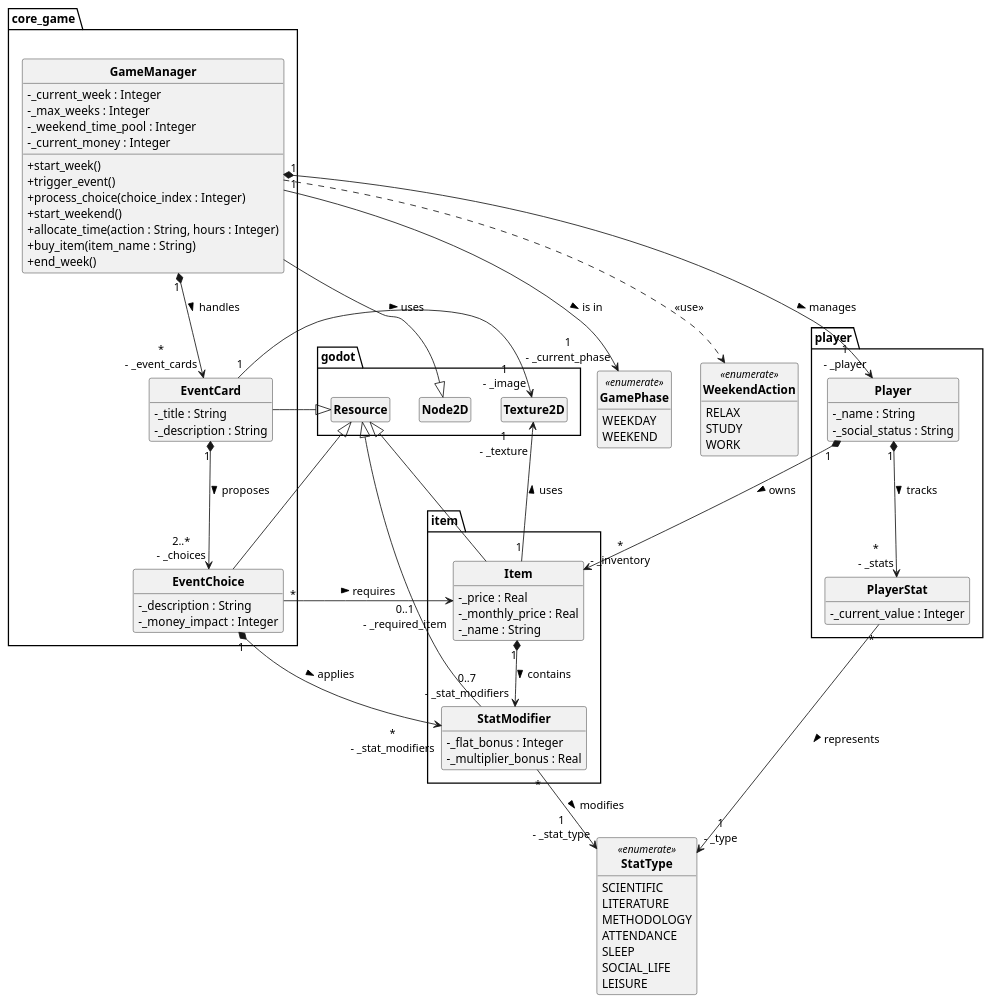
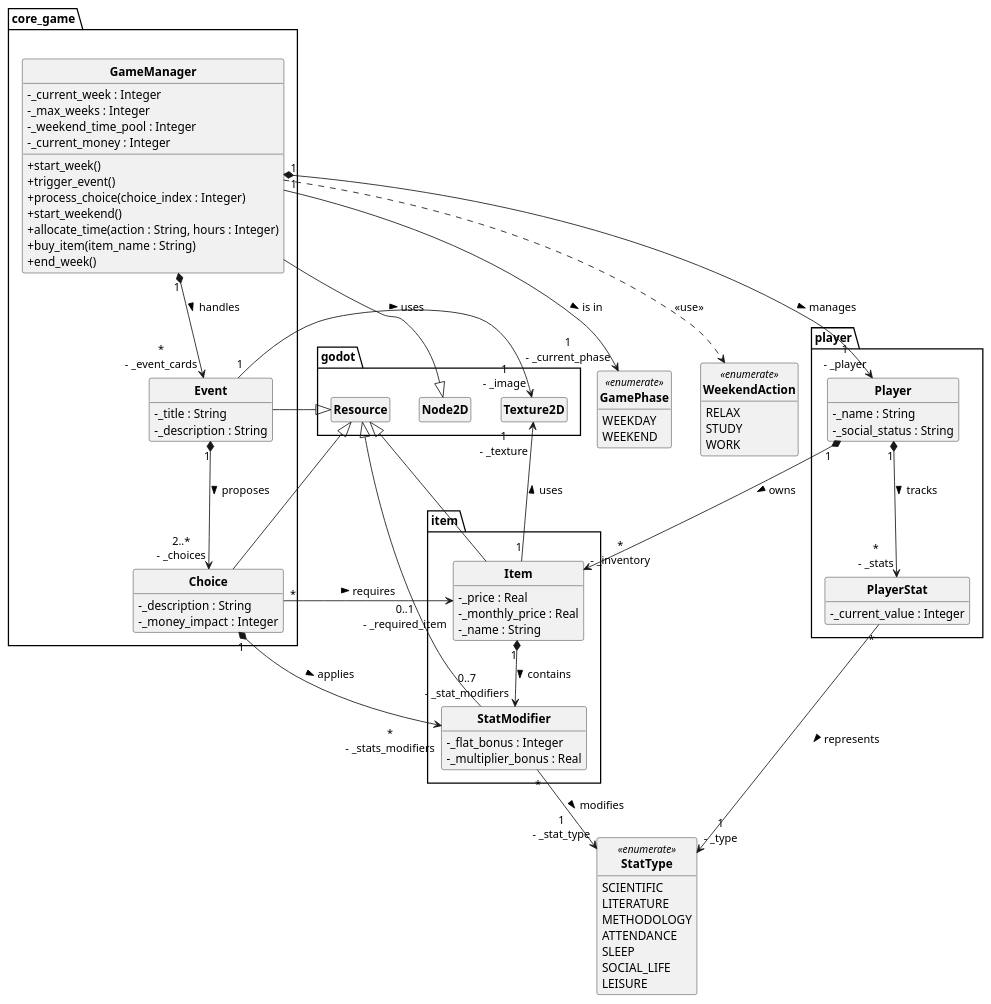
The diagram in cramptogame.puml (AgentOutsiders/CramptoGame), drawn with PlantUML before and after one commit. The commit also changed 4 other files, not shown here.

```diff
--- a/cramptogame.puml
+++ b/cramptogame.puml
@@ -1,113 +1,113 @@
 @startuml CramptoGame
 skinparam classAttributeIconSize 0
 skinparam classFontStyle Bold
 skinparam style strictuml
 hide empty members
 
 ' Package contenant les éléments natifs de Godot
 package godot {
     class Resource
     class Node2D
     class Texture2D
 }
 
 enum StatType <<enumerate>> {
     SCIENTIFIC
     LITERATURE
     METHODOLOGY
     ATTENDANCE
     SLEEP
     SOCIAL_LIFE
     LEISURE
 }
 
 enum GamePhase <<enumerate>> {
     WEEKDAY
     WEEKEND
 }
 
 enum WeekendAction <<enumerate>> {
     RELAX
     STUDY
     WORK
 }
 
 package item {
     class Item extends godot.Resource {
         - _price : Real
         - _monthly_price : Real
         - _name : String
     }
 
     class StatModifier extends godot.Resource {
         - _flat_bonus : Integer
         - _multiplier_bonus : Real
     }
 
     Item "1" *--> "0..7\n- _stat_modifiers" StatModifier : contains >
     Item "1" --> "1\n- _texture" godot.Texture2D : uses >
     StatModifier "*" --> "1\n- _stat_type" StatType : modifies >
 }
 
 package player {
     class Player {
         - _name : String
         - _social_status : String
     }
     
     class PlayerStat {
         - _current_value : Integer
     }
     
     Player "1" *--> "*\n- _stats" PlayerStat : tracks >
     PlayerStat "*" --> "1\n- _type" StatType : represents >
     Player "1" *--> "*\n- _inventory" item.Item : owns >
 }
 
 package core_game {
     class GameManager extends godot.Node2D {
         - _current_week : Integer
         - _max_weeks : Integer
         - _weekend_time_pool : Integer
         - _current_money : Integer
         
         + start_week()
         + trigger_event()
         + process_choice(choice_index : Integer)
         + start_weekend()
         + allocate_time(action : String, hours : Integer)
         + buy_item(item_name : String)
         + end_week()
     }
     
     ' La carte d'événement (ex: "Un ami te propose de sortir")
-    class EventCard extends godot.Resource {
+    class Event extends godot.Resource {
         - _title : String
         - _description : String
     }
 
     ' Les choix spécifique (ex: "Accepter" ou "Refuser")
-    class EventChoice extends godot.Resource {
+    class Choice extends godot.Resource {
         - _description : String
         - _money_impact : Integer
     }
     
     ' Le GameManager gère le joueur et la pioche de cartes
     GameManager "1" *--> "1\n- _player" player.Player : manages >
-    GameManager "1" *--> "*\n- _event_cards" EventCard : handles >
+    GameManager "1" *--> "*\n- _event_cards" Event : handles >
     GameManager "1" --> "1\n- _current_phase" GamePhase : is in >
     
     ' Une carte possède 2 choix ou plus (selon le type Reigns)
-    EventCard "1" *--> "2..*\n- _choices" EventChoice : proposes >
-    EventCard "1" --> "1\n- _image" godot.Texture2D : uses >
+    Event "1" *--> "2..*\n- _choices" Choice : proposes >
+    Event "1" --> "1\n- _image" godot.Texture2D : uses >
     
     ' Un choix modifie potentiellement plusieurs stats (ex: +Social, -Sommeil)
-    EventChoice "1" *--> "*\n- _stat_modifiers" item.StatModifier : applies >
+    Choice "1" *--> "*\n- _stats_modifiers" item.StatModifier : applies >
     
     ' Un choix peut nécessiter un item spécifique pour être cliquable (0..1 car optionnel)
-    EventChoice "*" --> "0..1\n- _required_item" item.Item : requires >
+    Choice "*" --> "0..1\n- _required_item" item.Item : requires >
 }
 
 GameManager ..> WeekendAction : <<use>>
 
 @enduml
```
